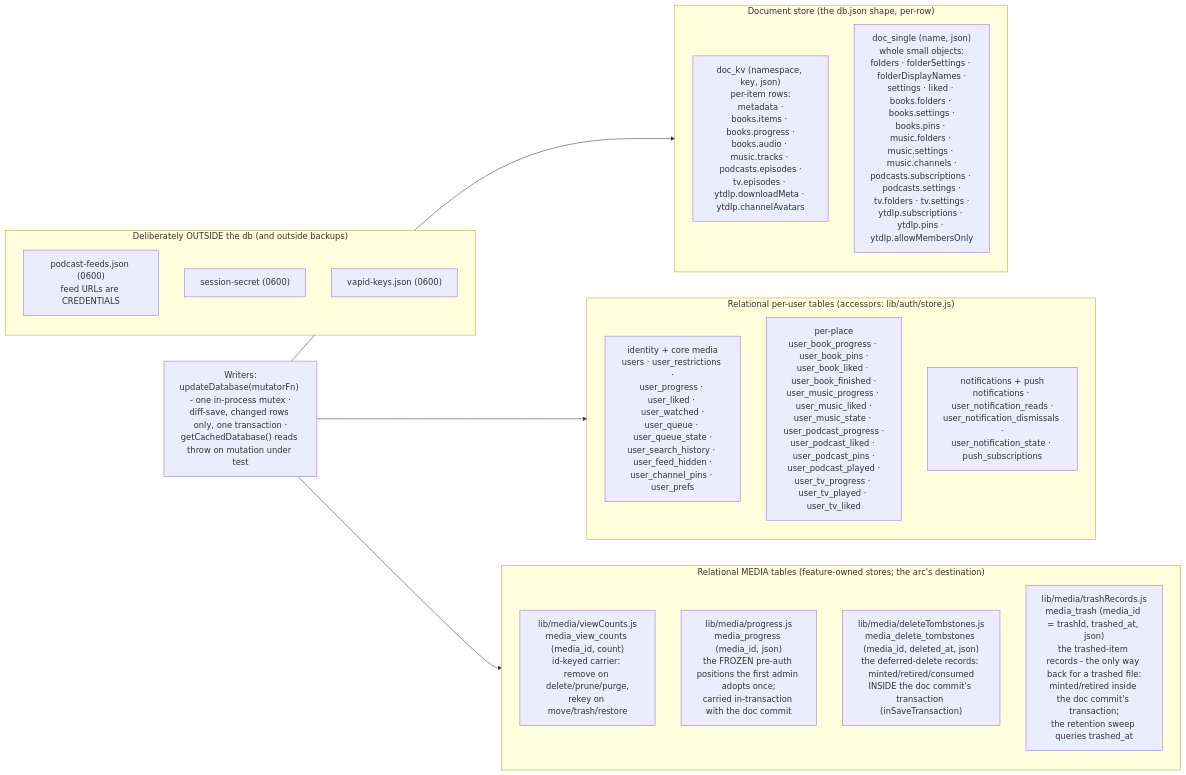
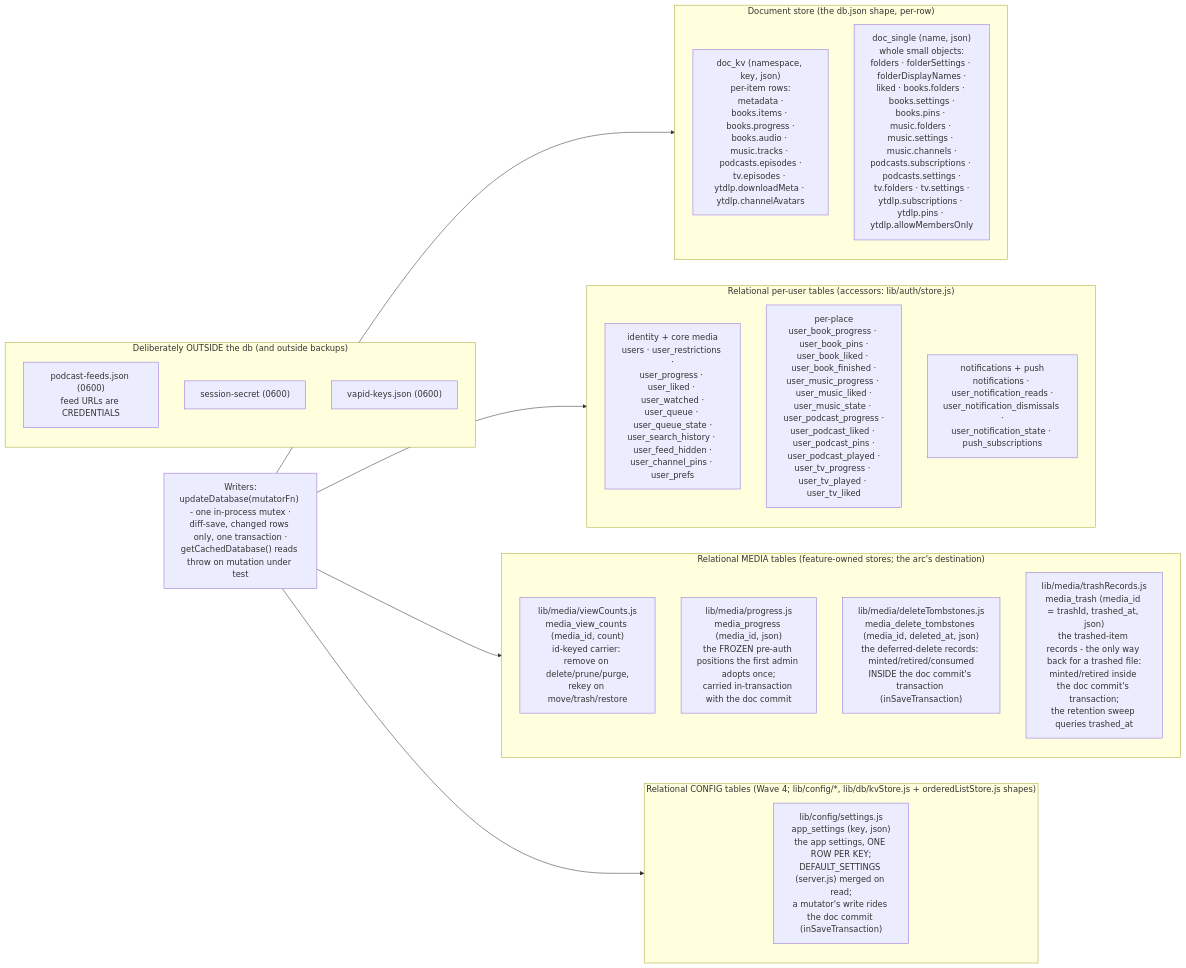
The second of 6 diagrams in docs/DIAGRAMS.md (dtammam/filetube), drawn with Mermaid before and after one commit. The commit also changed other lines of this file and 122 other files, not shown here.

````diff
--- a/docs/DIAGRAMS.md
+++ b/docs/DIAGRAMS.md
@@ -103,32 +104,37 @@
 ```mermaid
 flowchart LR
     subgraph DOC["Document store (the db.json shape, per-row)"]
         KV["doc_kv (namespace, key, json)<br/>per-item rows:<br/>metadata ·<br/>books.items · books.progress ·<br/>books.audio · music.tracks · podcasts.episodes ·<br/>tv.episodes · ytdlp.downloadMeta · ytdlp.channelAvatars"]
-        SINGLE["doc_single (name, json)<br/>whole small objects:<br/>folders · folderSettings · folderDisplayNames ·<br/>settings · liked · books.folders · books.settings ·<br/>books.pins · music.folders · music.settings · music.channels ·<br/>podcasts.subscriptions · podcasts.settings ·<br/>tv.folders · tv.settings ·<br/>ytdlp.subscriptions · ytdlp.pins · ytdlp.allowMembersOnly"]
+        SINGLE["doc_single (name, json)<br/>whole small objects:<br/>folders · folderSettings · folderDisplayNames ·<br/>liked · books.folders · books.settings ·<br/>books.pins · music.folders · music.settings · music.channels ·<br/>podcasts.subscriptions · podcasts.settings ·<br/>tv.folders · tv.settings ·<br/>ytdlp.subscriptions · ytdlp.pins · ytdlp.allowMembersOnly"]
     end
 
     subgraph REL["Relational per-user tables (accessors: lib/auth/store.js)"]
         CORE["identity + core media<br/>users · user_restrictions ·<br/>user_progress · user_liked · user_watched ·<br/>user_queue · user_queue_state ·<br/>user_search_history · user_feed_hidden ·<br/>user_channel_pins · user_prefs"]
         PLACEST["per-place<br/>user_book_progress · user_book_pins ·<br/>user_book_liked · user_book_finished ·<br/>user_music_progress · user_music_liked ·<br/>user_music_state · user_podcast_progress ·<br/>user_podcast_liked · user_podcast_pins ·<br/>user_podcast_played ·<br/>user_tv_progress · user_tv_played · user_tv_liked"]
         NOTIF["notifications + push<br/>notifications · user_notification_reads ·<br/>user_notification_dismissals ·<br/>user_notification_state · push_subscriptions"]
     end
 
     subgraph MEDIA["Relational MEDIA tables (feature-owned stores; the arc's destination)"]
         VC["lib/media/viewCounts.js<br/>media_view_counts (media_id, count)<br/>id-keyed carrier: remove on delete/prune/purge,<br/>rekey on move/trash/restore"]
         PR["lib/media/progress.js<br/>media_progress (media_id, json)<br/>the FROZEN pre-auth positions the first admin adopts once;<br/>carried in-transaction with the doc commit"]
         DT["lib/media/deleteTombstones.js<br/>media_delete_tombstones (media_id, deleted_at, json)<br/>the deferred-delete records: minted/retired/consumed<br/>INSIDE the doc commit's transaction (inSaveTransaction)"]
         TR["lib/media/trashRecords.js<br/>media_trash (media_id = trashId, trashed_at, json)<br/>the trashed-item records - the only way back for a trashed file:<br/>minted/retired inside the doc commit's transaction;<br/>the retention sweep queries trashed_at"]
     end
 
+    subgraph CONFIG["Relational CONFIG tables (Wave 4; lib/config/*, lib/db/kvStore.js + orderedListStore.js shapes)"]
+        ST["lib/config/settings.js<br/>app_settings (key, json)<br/>the app settings, ONE ROW PER KEY;<br/>DEFAULT_SETTINGS (server.js) merged on read;<br/>a mutator's write rides the doc commit (inSaveTransaction)"]
+    end
+
     subgraph OUT["Deliberately OUTSIDE the db (and outside backups)"]
         FEEDS["podcast-feeds.json (0600)<br/>feed URLs are CREDENTIALS"]
         SS["session-secret (0600)"]
         VAPID["vapid-keys.json (0600)"]
     end
 
     WRITERS["Writers:<br/>updateDatabase(mutatorFn) - one in-process mutex ·<br/>diff-save, changed rows only, one transaction ·<br/>getCachedDatabase() reads throw on mutation under test"]
 
     WRITERS --> DOC
     WRITERS --> REL
     WRITERS --> MEDIA
+    WRITERS --> CONFIG
 ```
````
